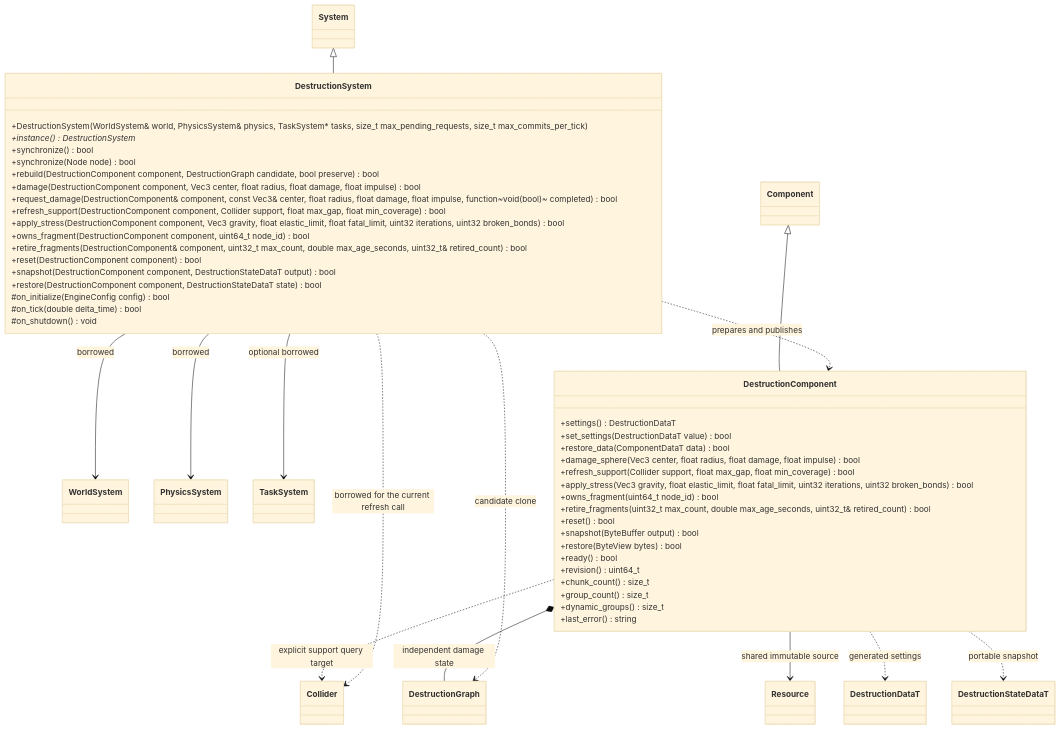
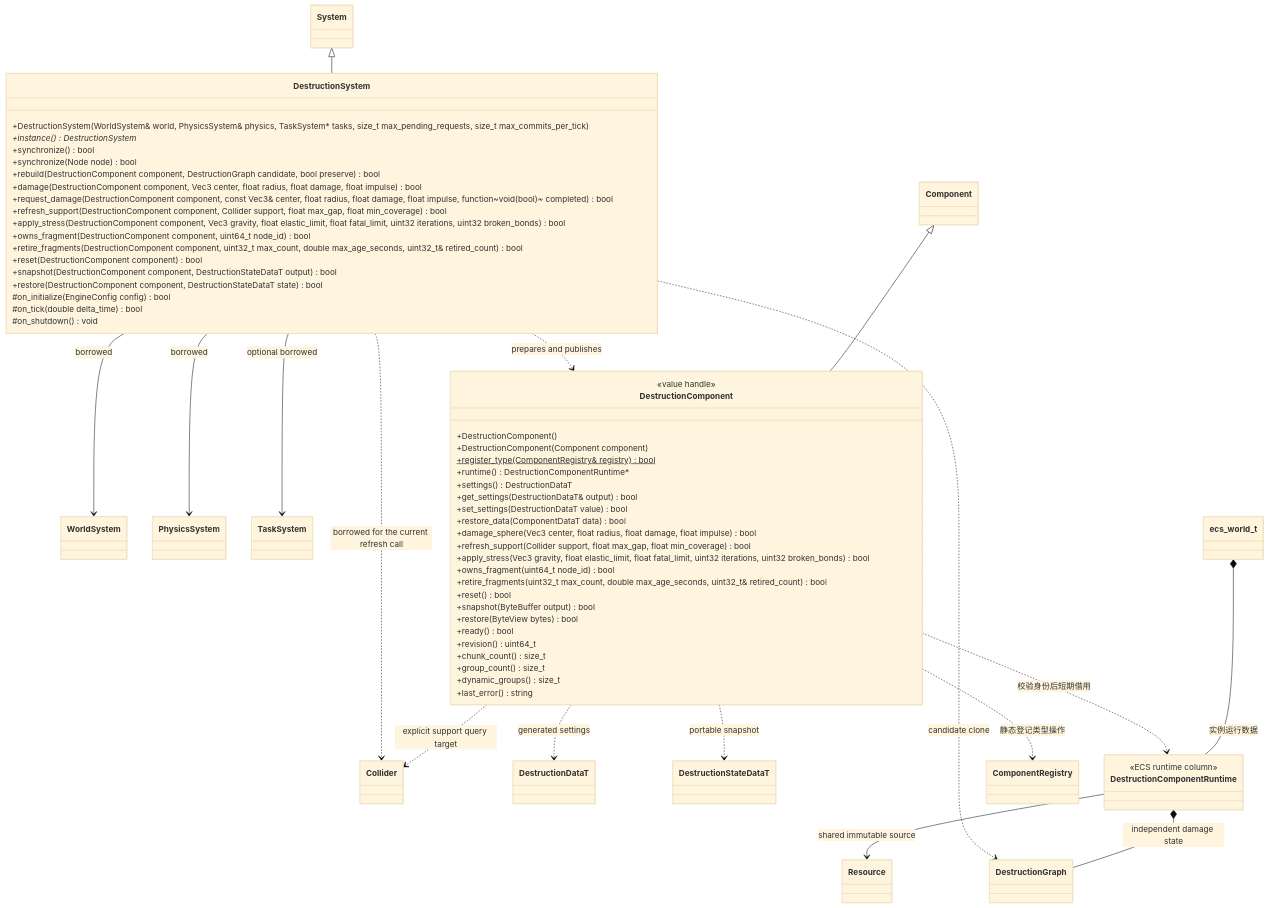
Before and after one commit to lcals/Engine: the diagram in docs/plugins/runtime/class-diagrams/destruction.md, drawn with Mermaid (base theme). The commit also changed other lines of this file and 291 other files, not shown here.

Commit message:
Migrate scene data to ECS and add rendering quality controls

````diff
--- a/docs/plugins/runtime/class-diagrams/destruction.md
+++ b/docs/plugins/runtime/class-diagrams/destruction.md
@@ -7,64 +7,79 @@
 ```mermaid
 classDiagram
 class System
 class Component
 class WorldSystem
 class PhysicsSystem
 class TaskSystem
 class Collider
 class Resource
 class DestructionGraph
 class DestructionDataT
 class DestructionStateDataT
 class DestructionComponent {
+        <<value handle>>
+        +DestructionComponent()
+        +DestructionComponent(Component component)
+        +register_type(ComponentRegistry& registry) bool$
+        +runtime() DestructionComponentRuntime#42;
 +settings() DestructionDataT
++get_settings(DestructionDataT& output) bool
 +set_settings(DestructionDataT value) bool
 +restore_data(ComponentDataT data) bool
 +damage_sphere(Vec3 center, float radius, float damage, float impulse) bool
 +refresh_support(Collider support, float max_gap, float min_coverage) bool
 +apply_stress(Vec3 gravity, float elastic_limit, float fatal_limit, uint32 iterations, uint32 broken_bonds) bool
 +owns_fragment(uint64_t node_id) bool
 +retire_fragments(uint32_t max_count, double max_age_seconds, uint32_t& retired_count) bool
 +reset() bool
 +snapshot(ByteBuffer output) bool
 +restore(ByteView bytes) bool
 +ready() bool
 +revision() uint64_t
 +chunk_count() size_t
 +group_count() size_t
 +dynamic_groups() size_t
 +last_error() string
 }
 class DestructionSystem {
 +DestructionSystem(WorldSystem& world, PhysicsSystem& physics, TaskSystem* tasks, size_t max_pending_requests, size_t max_commits_per_tick)
 +instance() DestructionSystem*
 +synchronize() bool
 +synchronize(Node node) bool
 +rebuild(DestructionComponent component, DestructionGraph candidate, bool preserve) bool
 +damage(DestructionComponent component, Vec3 center, float radius, float damage, float impulse) bool
-+request_damage(DestructionComponent& component, const Vec3& center, float radius, float damage, float impulse, function~void(bool)~ completed) bool
++request_damage(DestructionComponent component, const Vec3& center, float radius, float damage, float impulse, function~void(bool)~ completed) bool
 +refresh_support(DestructionComponent component, Collider support, float max_gap, float min_coverage) bool
 +apply_stress(DestructionComponent component, Vec3 gravity, float elastic_limit, float fatal_limit, uint32 iterations, uint32 broken_bonds) bool
 +owns_fragment(DestructionComponent component, uint64_t node_id) bool
-+retire_fragments(DestructionComponent& component, uint32_t max_count, double max_age_seconds, uint32_t& retired_count) bool
++retire_fragments(DestructionComponent component, uint32_t max_count, double max_age_seconds, uint32_t& retired_count) bool
 +reset(DestructionComponent component) bool
 +snapshot(DestructionComponent component, DestructionStateDataT output) bool
 +restore(DestructionComponent component, DestructionStateDataT state) bool
 #on_initialize(EngineConfig config) bool
 #on_tick(double delta_time) bool
 #on_shutdown() void
 }
 System <|-- DestructionSystem
 Component <|-- DestructionComponent
-DestructionComponent *-- DestructionGraph : independent damage state
-DestructionComponent --> Resource : shared immutable source
+DestructionComponentRuntime *-- DestructionGraph : independent damage state
+DestructionComponentRuntime --> Resource : shared immutable source
 DestructionComponent ..> DestructionDataT : generated settings
 DestructionComponent ..> DestructionStateDataT : portable snapshot
 DestructionComponent ..> Collider : explicit support query target
 DestructionSystem --> WorldSystem : borrowed
 DestructionSystem --> PhysicsSystem : borrowed
 DestructionSystem --> TaskSystem : optional borrowed
 DestructionSystem ..> Collider : borrowed for the current refresh call
 DestructionSystem ..> DestructionComponent : prepares and publishes
 DestructionSystem ..> DestructionGraph : candidate clone
+    class ComponentRegistry
+    class ecs_world_t
+    class DestructionComponentRuntime {
+        <<ECS runtime column>>
+    }
+    ecs_world_t *-- DestructionComponentRuntime : 实例运行数据
+    DestructionComponent ..> DestructionComponentRuntime : 校验身份后短期借用
+    DestructionComponent ..> ComponentRegistry : 静态登记类型操作
+
 ```
````
